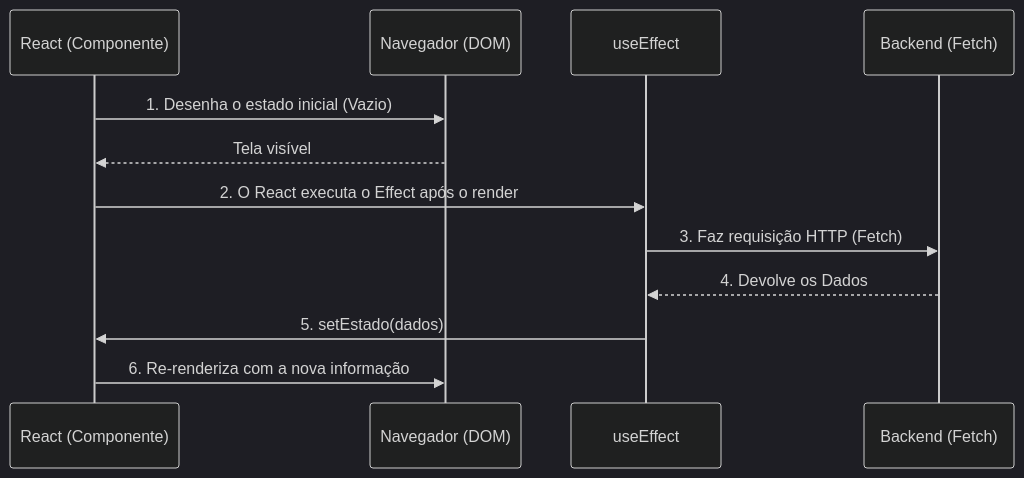
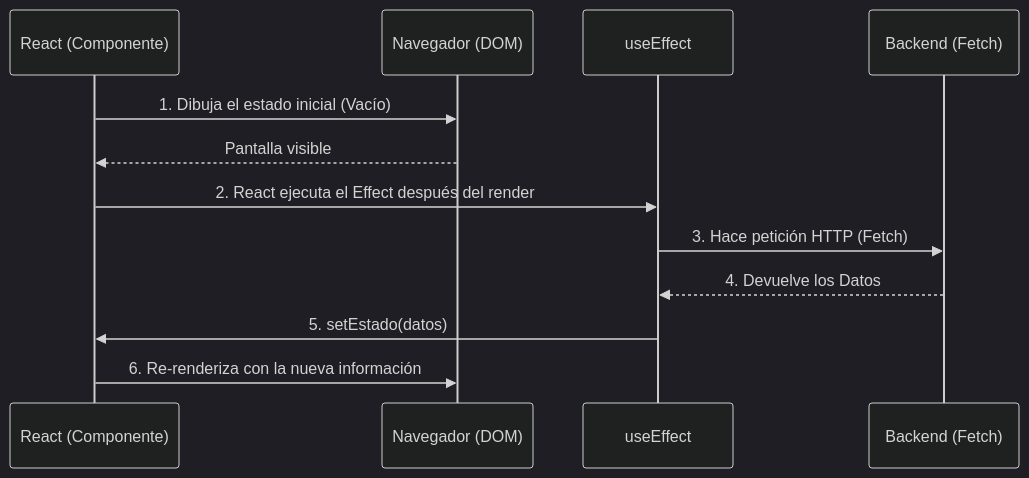
Before and after one commit to gjpierp/nmergeia: the first of 2 diagrams in public/docs/pt/ext_react_basico.md, drawn with Mermaid (dark theme). The commit also changed other lines of this file and 518 other files, not shown here.

````diff
--- a/public/docs/pt/ext_react_basico.md
+++ b/public/docs/pt/ext_react_basico.md
@@ -37,15 +37,15 @@
 ```mermaid
 sequenceDiagram
     participant React as React (Componente)
     participant DOM as Navegador (DOM)
     participant Effect as useEffect
     participant API as Backend (Fetch)
 
-    React->>DOM: 1. Desenha o estado inicial (Vazio)
-    DOM-->>React: Tela visível
-    React->>Effect: 2. O React executa o Effect após o render
-    Effect->>API: 3. Faz requisição HTTP (Fetch)
-    API-->>Effect: 4. Devolve os Dados
-    Effect->>React: 5. setEstado(dados)
-    React->>DOM: 6. Re-renderiza com a nova informação
+    React->>DOM: 1. Dibuja el estado inicial (Vacío)
+    DOM-->>React: Pantalla visible
+    React->>Effect: 2. React ejecuta el Effect después del render
+    Effect->>API: 3. Hace petición HTTP (Fetch)
+    API-->>Effect: 4. Devuelve los Datos
+    Effect->>React: 5. setEstado(datos)
+    React->>DOM: 6. Re-renderiza con la nueva información
 ```
````
